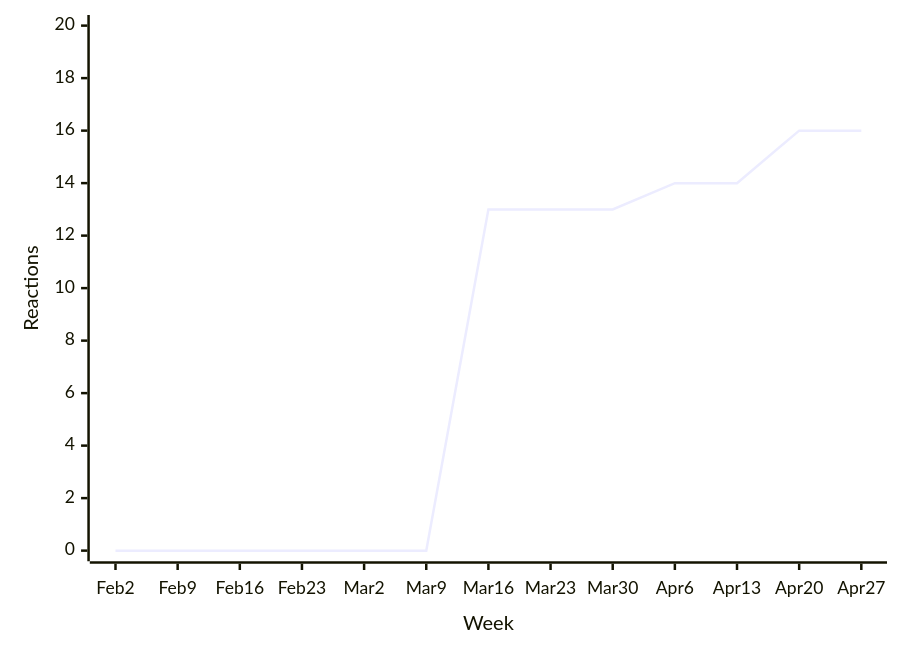
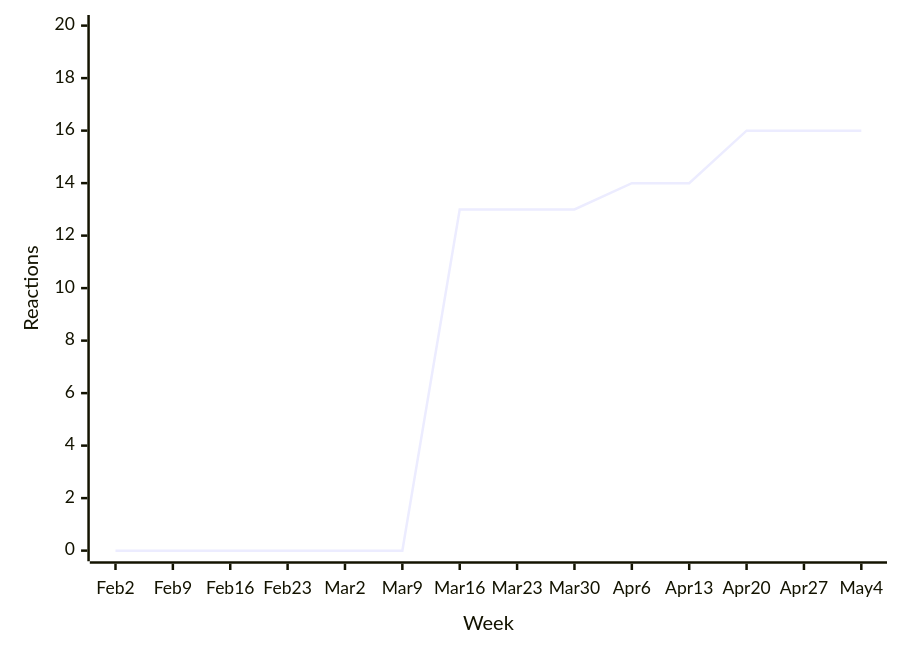
One commit to loic-sharma/github-insights changed the tenth of 56 diagrams in README.md. Above: the diagram before and after it, drawn with Mermaid. The commit also changed other lines of this file and 3 other files, not shown here.

````diff
--- a/README.md
+++ b/README.md
@@ -492,6 +492,6 @@
   ```mermaid
   xychart-beta
-    x-axis "Week" [Feb 2, Feb 9, Feb 16, Feb 23, Mar 2, Mar 9, Mar 16, Mar 23, Mar 30, Apr 6, Apr 13, Apr 20, Apr 27]
+    x-axis "Week" [Feb 2, Feb 9, Feb 16, Feb 23, Mar 2, Mar 9, Mar 16, Mar 23, Mar 30, Apr 6, Apr 13, Apr 20, Apr 27, May 4]
     y-axis "Reactions" 0 --> 20
-    line [0, 0, 0, 0, 0, 0, 13, 13, 13, 14, 14, 16, 16]
+    line [0, 0, 0, 0, 0, 0, 13, 13, 13, 14, 14, 16, 16, 16]
   ```
````
